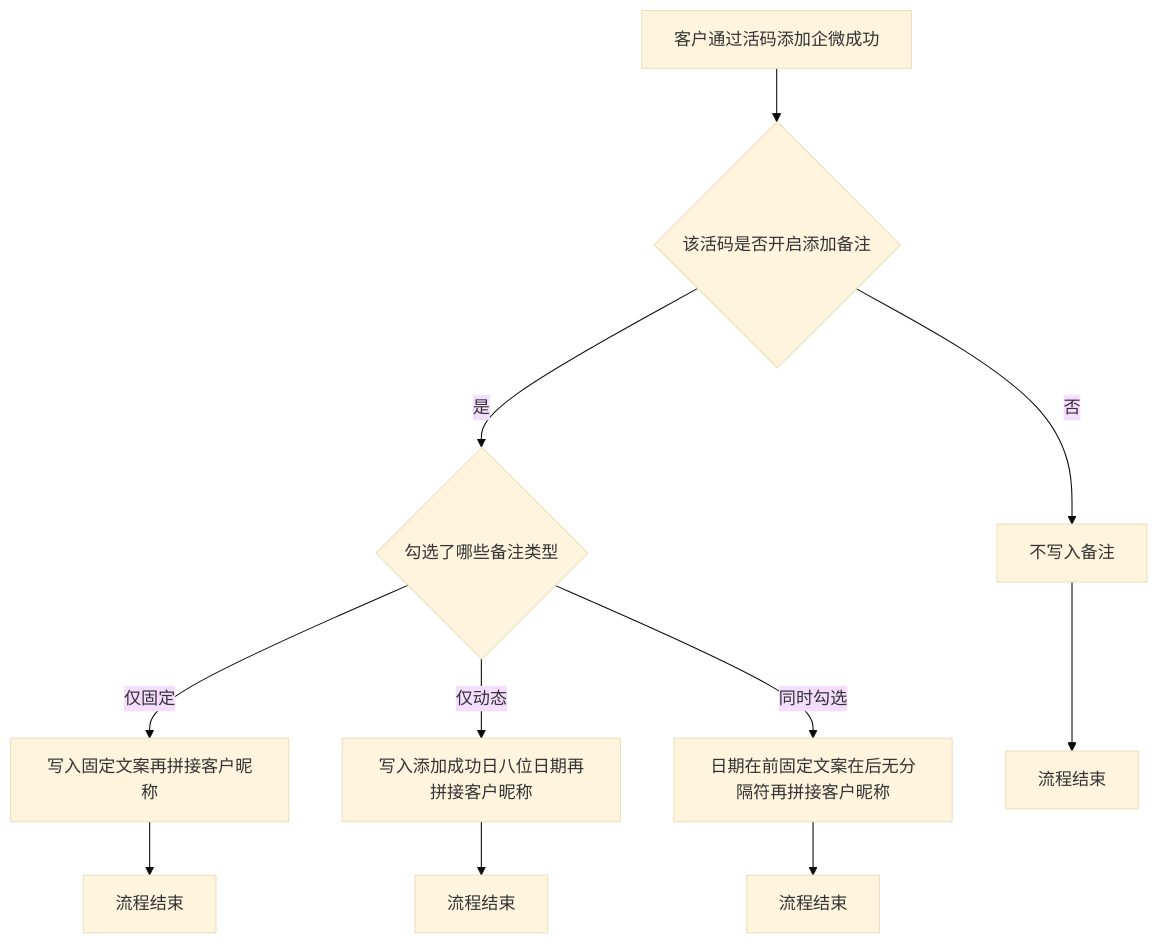
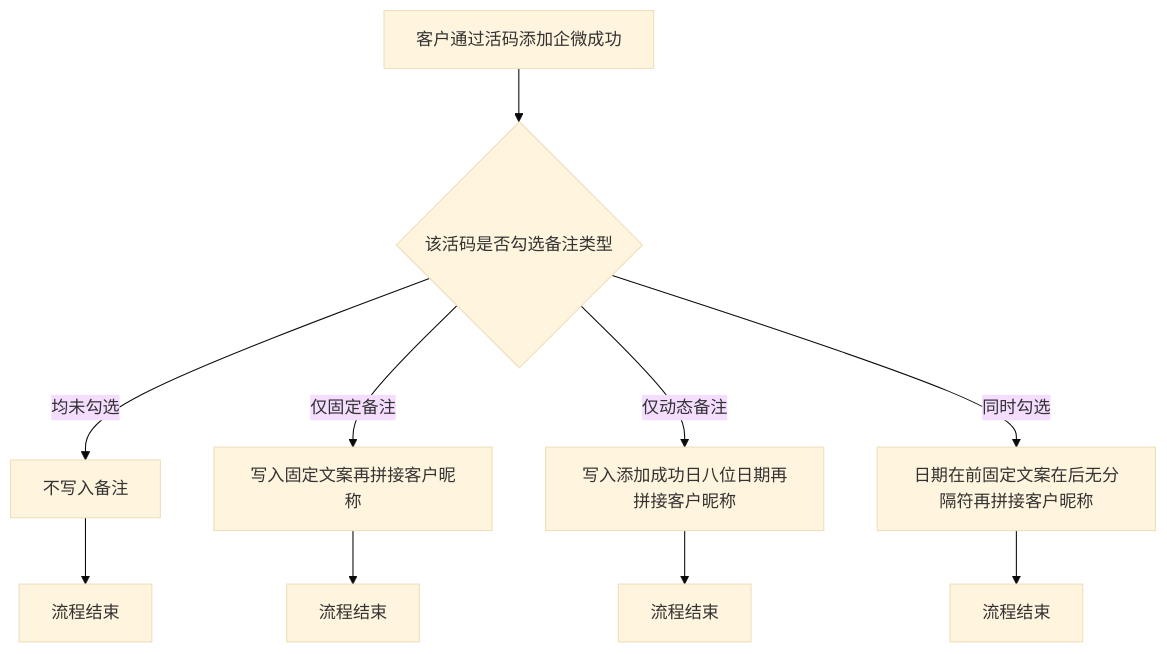
One commit to Yping-98/prototypes changed the second of 2 diagrams in channel-code-remark-fixed-dynamic/PRD-渠道活码备注固定与动态.md. Above: the diagram before and after it, drawn with Mermaid (base theme). The commit also changed other lines of this file and 1 other file, not shown here.

````diff
--- a/channel-code-remark-fixed-dynamic/PRD-渠道活码备注固定与动态.md
+++ b/channel-code-remark-fixed-dynamic/PRD-渠道活码备注固定与动态.md
@@ -56,13 +57,12 @@
 ```mermaid
 flowchart TD
-    A[客户通过活码添加企微成功] --> B{该活码是否开启添加备注}
-    B -->|否| C[不写入备注]
-    B -->|是| D{勾选了哪些备注类型}
-    D -->|仅固定| E[写入固定文案再拼接客户昵称]
-    D -->|仅动态| F[写入添加成功日八位日期再拼接客户昵称]
-    D -->|同时勾选| G[日期在前固定文案在后无分隔符再拼接客户昵称]
+    A[客户通过活码添加企微成功] --> B{该活码是否勾选备注类型}
+    B -->|均未勾选| C[不写入备注]
+    B -->|仅固定备注| E[写入固定文案再拼接客户昵称]
+    B -->|仅动态备注| F[写入添加成功日八位日期再拼接客户昵称]
+    B -->|同时勾选| G[日期在前固定文案在后无分隔符再拼接客户昵称]
     C --> H1[流程结束]
     E --> H2[流程结束]
     F --> H3[流程结束]
     G --> H4[流程结束]
 ```
````
